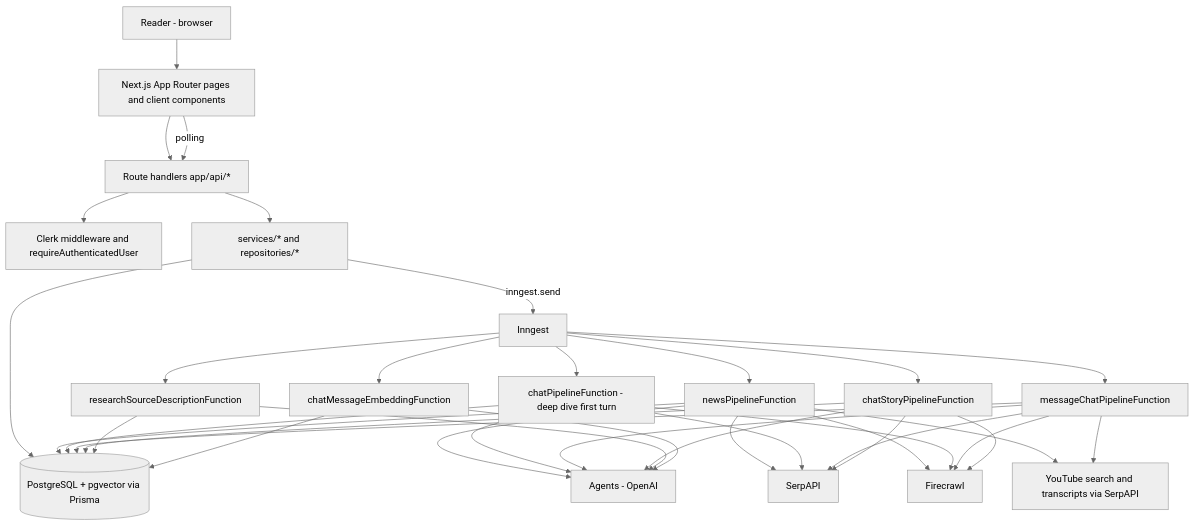
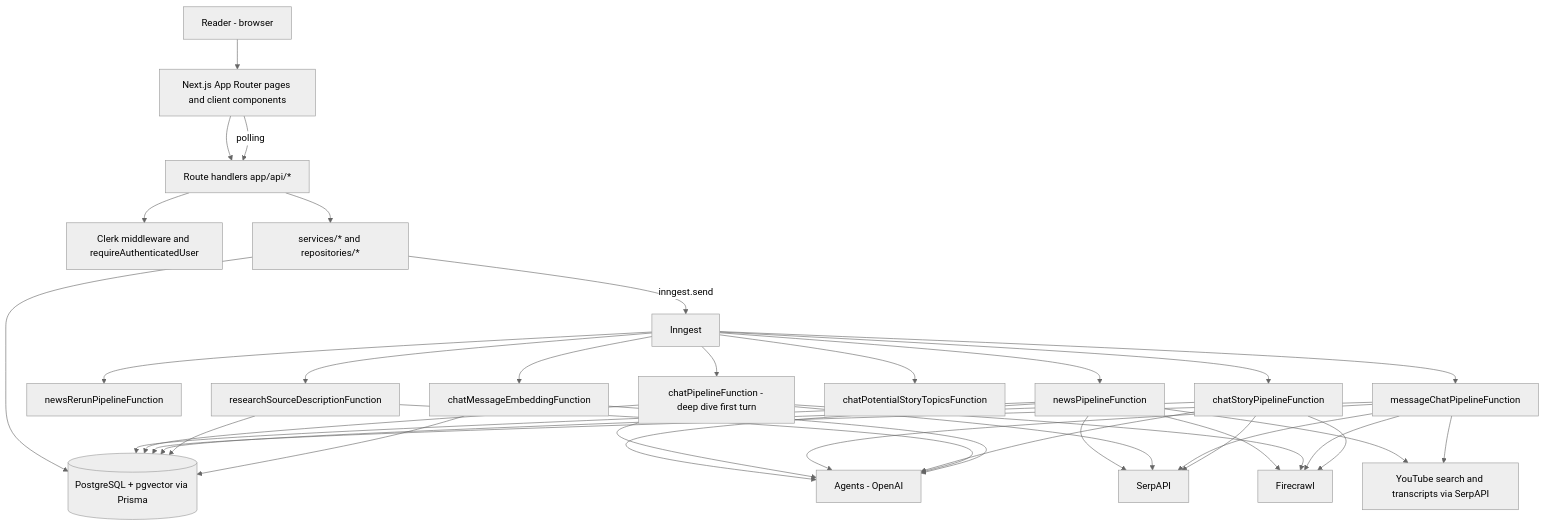
Before and after one commit to learner-enthusiast/Newsly: the first of 14 diagrams in README.md, drawn with Mermaid (neutral theme). The commit also changed other lines of this file, not shown here.

````diff
--- a/README.md
+++ b/README.md
@@ -237,43 +269,45 @@
 ```mermaid
 flowchart TD
   U[Reader - browser] --> FE[Next.js App Router pages and client components]
   FE --> API[Route handlers app/api/*]
   API --> AUTH[Clerk middleware and requireAuthenticatedUser]
   API --> SVC[services/* and repositories/*]
   SVC --> PG[(PostgreSQL + pgvector via Prisma)]
   SVC -->|inngest.send| ING[Inngest]
 
   ING --> NP[newsPipelineFunction]
+  ING --> NRR[newsRerunPipelineFunction]
   ING --> DD[chatPipelineFunction - deep dive first turn]
   ING --> MC[messageChatPipelineFunction]
   ING --> CS[chatStoryPipelineFunction]
+  ING --> PST[chatPotentialStoryTopicsFunction]
   ING --> RSI[researchSourceDescriptionFunction]
   ING --> CME[chatMessageEmbeddingFunction]
 
   NP --> AG[Agents - OpenAI]
   DD --> AG
   MC --> AG
   CS --> AG
   RSI --> AG
   CME --> AG
 
   NP --> SERP[SerpAPI]
   DD --> SERP
   MC --> SERP
   CS --> SERP
   NP --> FC[Firecrawl]
   DD --> FC
   MC --> FC
   CS --> FC
   NP --> YT[YouTube search and transcripts via SerpAPI]
   MC --> YT
 
   NP --> PG
   DD --> PG
   MC --> PG
   CS --> PG
   RSI --> PG
   CME --> PG
 
   FE -->|polling| API
 ```
````
